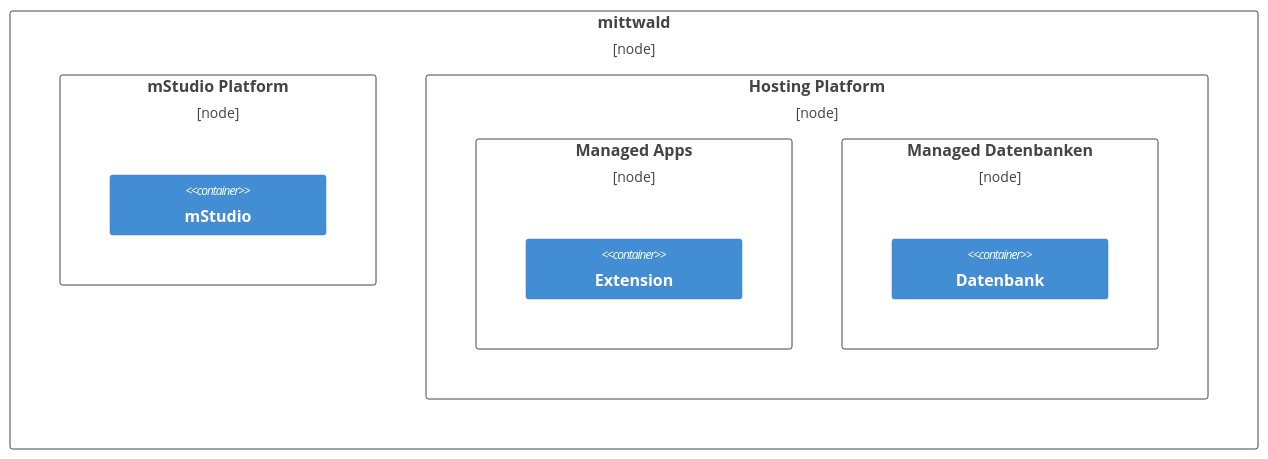
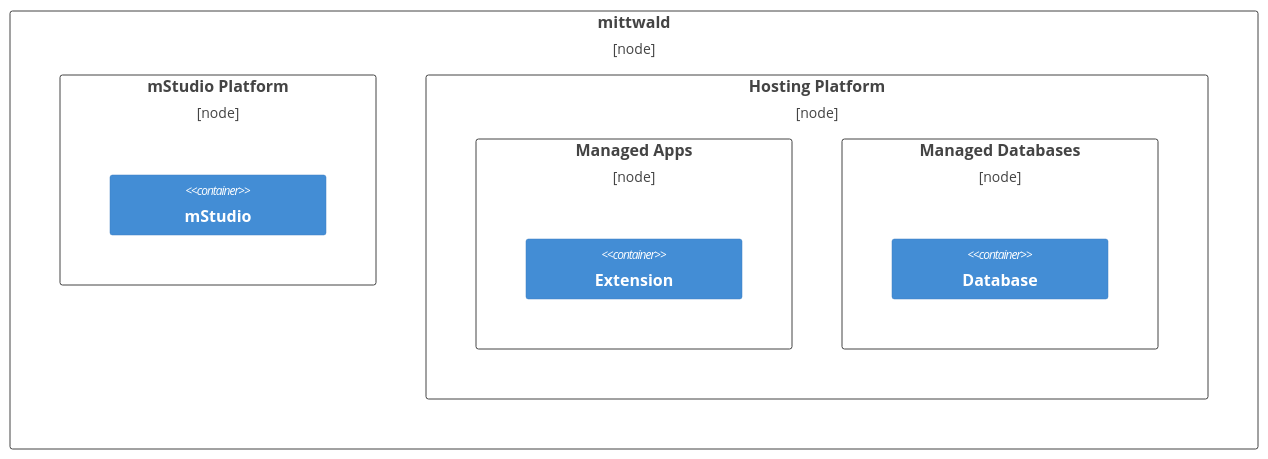
Before and after one commit to mittwald/developer-portal: the fourth of 4 diagrams in docs/contribution/3-overview/2-architecture.mdx, drawn with Mermaid (forest theme). The commit also changed other lines of this file, not shown here.

Commit message:
deployment model of an extension

````diff
--- a/docs/contribution/3-overview/2-architecture.mdx
+++ b/docs/contribution/3-overview/2-architecture.mdx
@@ -110,16 +110,16 @@
 ```mermaid
 C4Deployment
   Deployment_Node(mittwald, "mittwald") {
     Deployment_Node(mStudioPlatform, "mStudio Platform") {
       Container(mStudio, "mStudio")
     }
     Deployment_Node(platform, "Hosting Platform") {
       Deployment_Node(apps, "Managed Apps") {
         Container(extension, "Extension")
       }
-      Deployment_Node(dbs, "Managed Datenbanken") {
-        Container(db, "Datenbank")
+      Deployment_Node(dbs, "Managed Databases") {
+        Container(db, "Database")
       }
     }
   }
 ```
````
